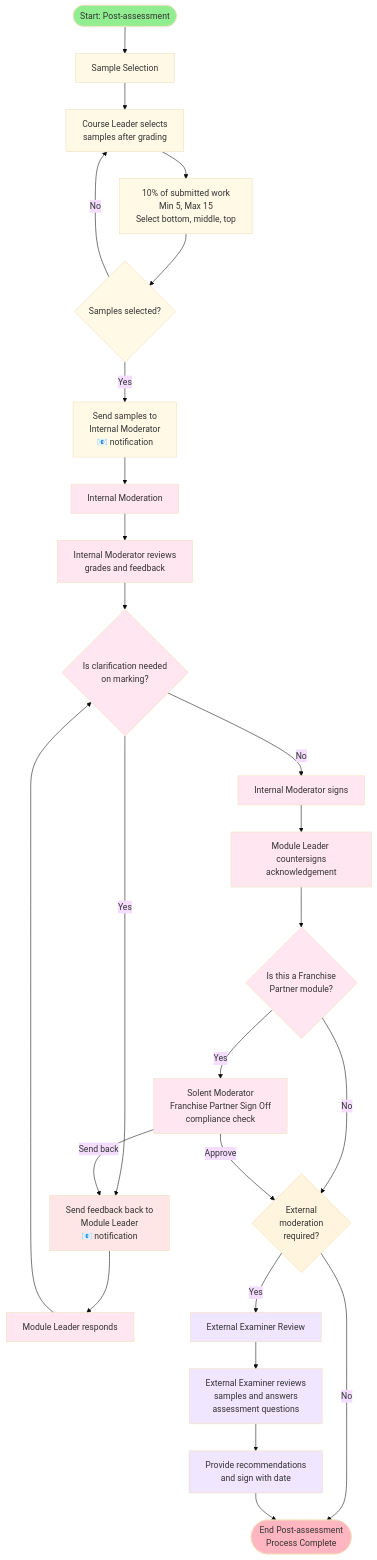
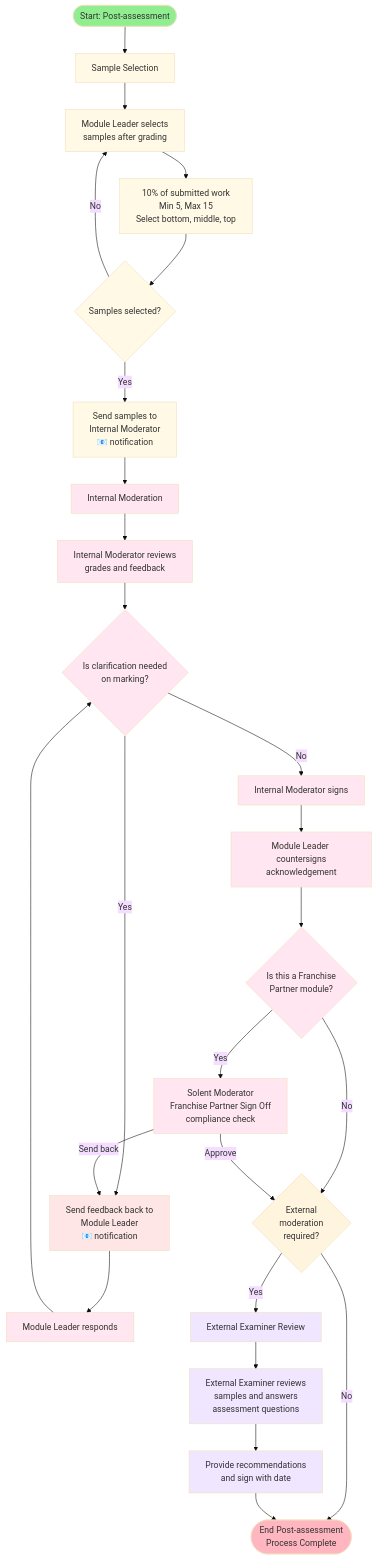
Before and after one commit to martinsolent/mod_prototype: the second of 2 diagrams in flow_chart/mod_flow_chart.md, drawn with Mermaid (base theme). The commit also changed other lines of this file and 5 other files, not shown here.

````diff
--- a/flow_chart/mod_flow_chart.md
+++ b/flow_chart/mod_flow_chart.md
@@ -31,45 +31,45 @@
 ```mermaid
 flowchart TD
     %% Workflow B: Post-assessment (after grading)
     StartB([Start: Post-assessment]) --> SS[Sample Selection]
     
-    SS --> SS1[Course Leader selects
+    SS --> SS1[Module Leader selects
     samples after grading]
     SS1 --> SS2[10% of submitted work<br/>Min 5, Max 15<br/>Select bottom, middle, top]
     SS2 --> SS3{Samples selected?}
     SS3 -->|No| SS1
         SS3 -->|Yes| SS4[Send samples to<br/>Internal Moderator<br/>📧 notification]
     SS4 --> IM[Internal Moderation]
     
     IM --> IM1[Internal Moderator reviews<br/>grades and feedback]
     IM1 --> IM2{Is clarification needed<br/>on marking?}
         IM2 -->|Yes| IM3[Send feedback back to<br/>Module Leader<br/>📧 notification]
     IM3 --> IM4[Module Leader responds]
     IM4 --> IM2
     IM2 -->|No| IM5[Internal Moderator signs]
     IM5 --> IM6[Module Leader countersigns<br/>acknowledgement]
     IM6 --> IM7{Is this a Franchise<br/>Partner module?}
     IM7 -->|No| IM8{External<br/>moderation<br/>required?}
     IM7 -->|Yes| IMFP[Solent Moderator<br/>Franchise Partner Sign Off<br/>compliance check]
     IMFP -->|Send back| IM3
     IMFP -->|Approve| IM8{External<br/>moderation<br/>required?}
     
     IM8 -->|No| EndB([End Post-assessment<br/>Process Complete])
     IM8 -->|Yes| EE[External Examiner Review]
     EE --> EE1[External Examiner reviews<br/>samples and answers<br/>assessment questions]
     EE1 --> EE2[Provide recommendations<br/>and sign with date]
     EE2 --> EndB
     
     classDef start fill:#90EE90
     classDef endNode fill:#FFB6C1
     classDef sample fill:#FFF9E6
     classDef mod fill:#FFE6F0
     classDef external fill:#F0E6FF
     classDef warn fill:#FFE6E6
     class StartB start
     class EndB endNode
     class SS,SS1,SS2,SS3,SS4 sample
     class IM,IM1,IM2,IM3,IM4,IM5,IM6,IM7,IMFP mod
     class EE,EE1,EE2 external
     class IM3 warn
 ```
````
